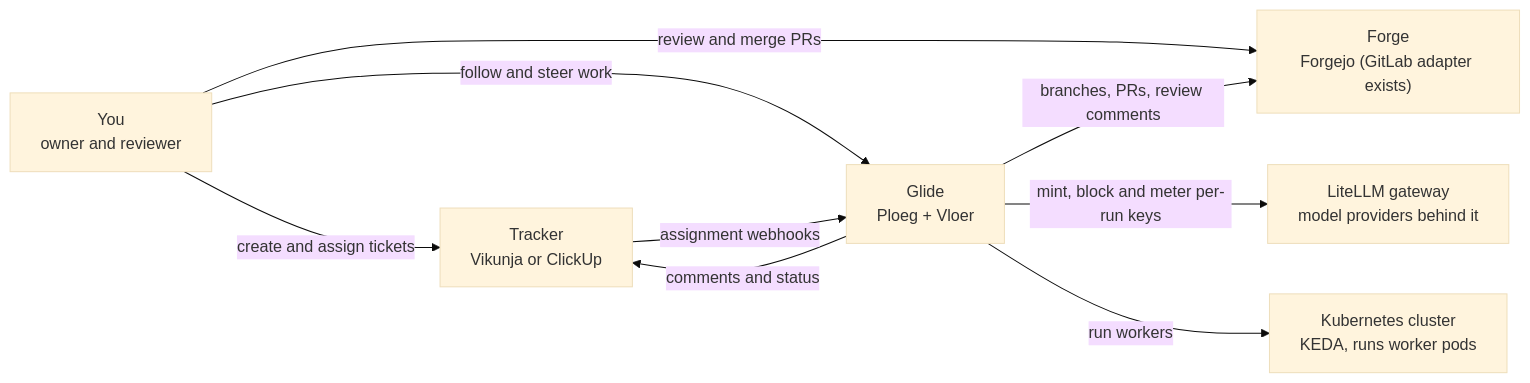
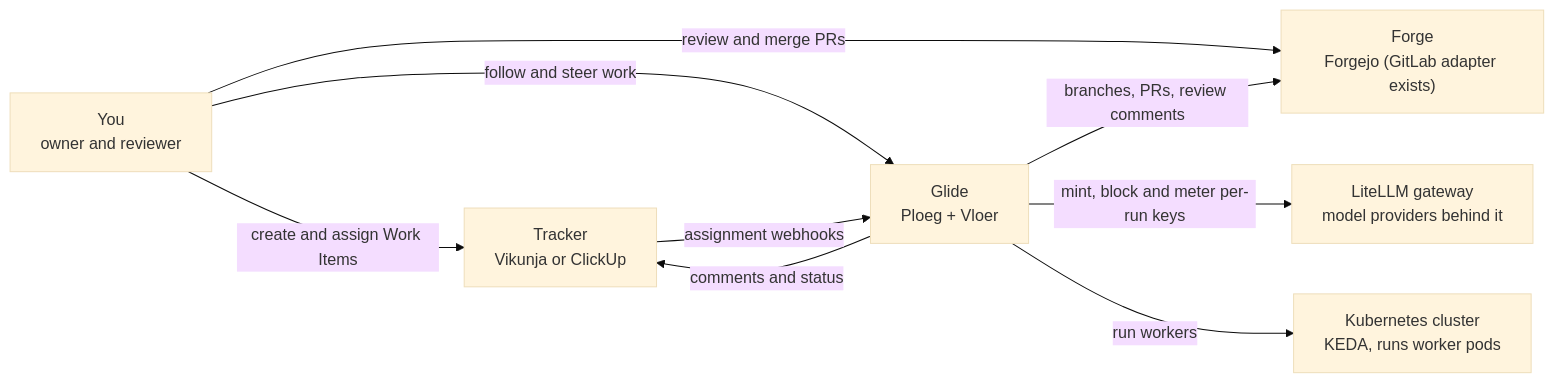
Before and after one commit to webgrip/glide: the first of 2 diagrams in docs/concepts/architecture.md, drawn with Mermaid (base theme). The commit also changed other lines of this file and 17 other files, not shown here.

First line of the commit message:
docs: make the Work Item the unit of work and let work create work

````diff
--- a/docs/concepts/architecture.md
+++ b/docs/concepts/architecture.md
@@ -37,17 +37,17 @@
 ```mermaid
 flowchart LR
     you["You<br/>owner and reviewer"]
     tracker["Tracker<br/>Vikunja or ClickUp"]
     forge["Forge<br/>Forgejo (GitLab adapter exists)"]
     glide["Glide<br/>Ploeg + Vloer"]
     llm["LiteLLM gateway<br/>model providers behind it"]
     k8s["Kubernetes cluster<br/>KEDA, runs worker pods"]
-    you -->|create and assign tickets| tracker
+    you -->|create and assign Work Items| tracker
     you -->|follow and steer work| glide
     you -->|review and merge PRs| forge
     tracker -->|assignment webhooks| glide
     glide -->|comments and status| tracker
     glide -->|branches, PRs, review comments| forge
     glide -->|mint, block and meter per-run keys| llm
     glide -->|run workers| k8s
 ```
````
